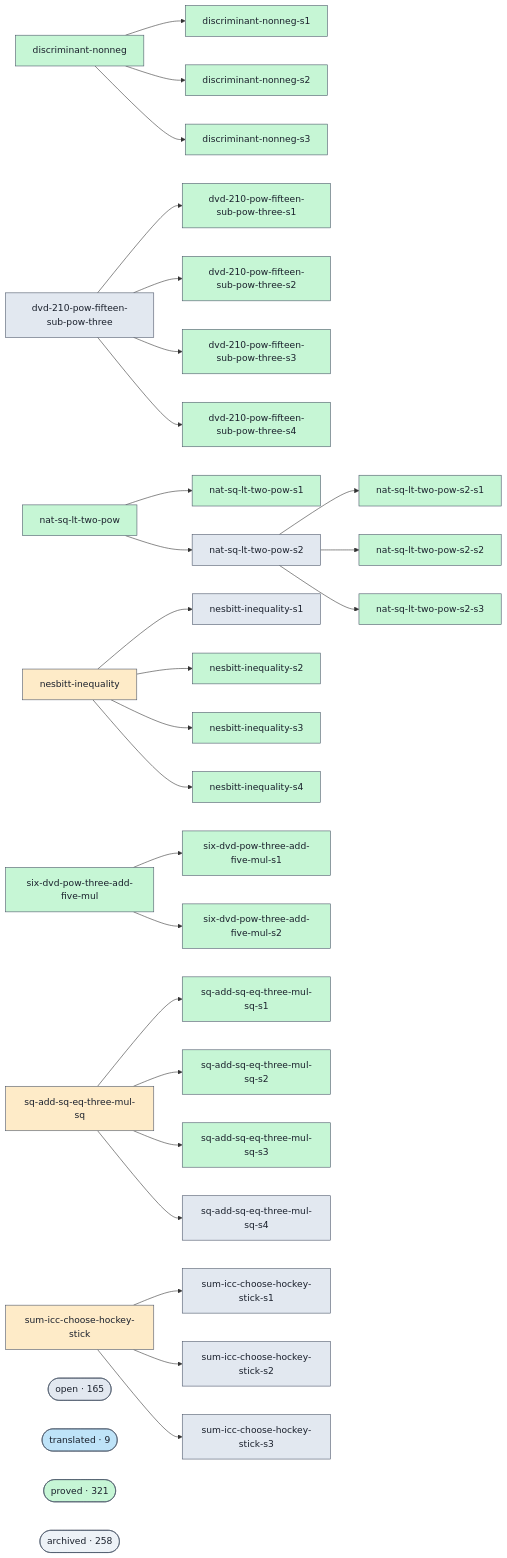
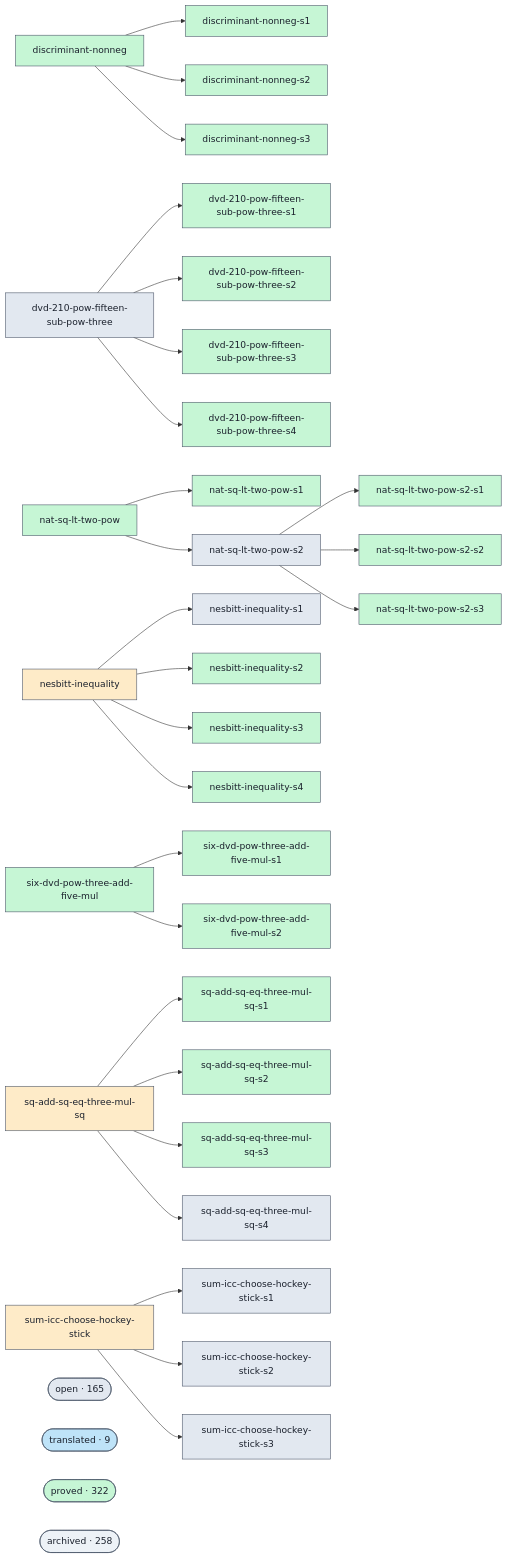
The diagram in docs/proofs-contributors-visualisation.md (ohdearquant/unsorry), drawn with Mermaid before and after one commit. The commit also changed other lines of this file and 2 other files, not shown here.

```diff
--- a/docs/proofs-contributors-visualisation.md
+++ b/docs/proofs-contributors-visualisation.md
@@ -147,7 +147,7 @@
   class cluster_open open;
   cluster_translated(["translated · 9"])
   class cluster_translated translated;
-  cluster_proved(["proved · 321"])
+  cluster_proved(["proved · 322"])
   class cluster_proved proved;
   cluster_archived(["archived · 258"])
   class cluster_archived unknown;
```
